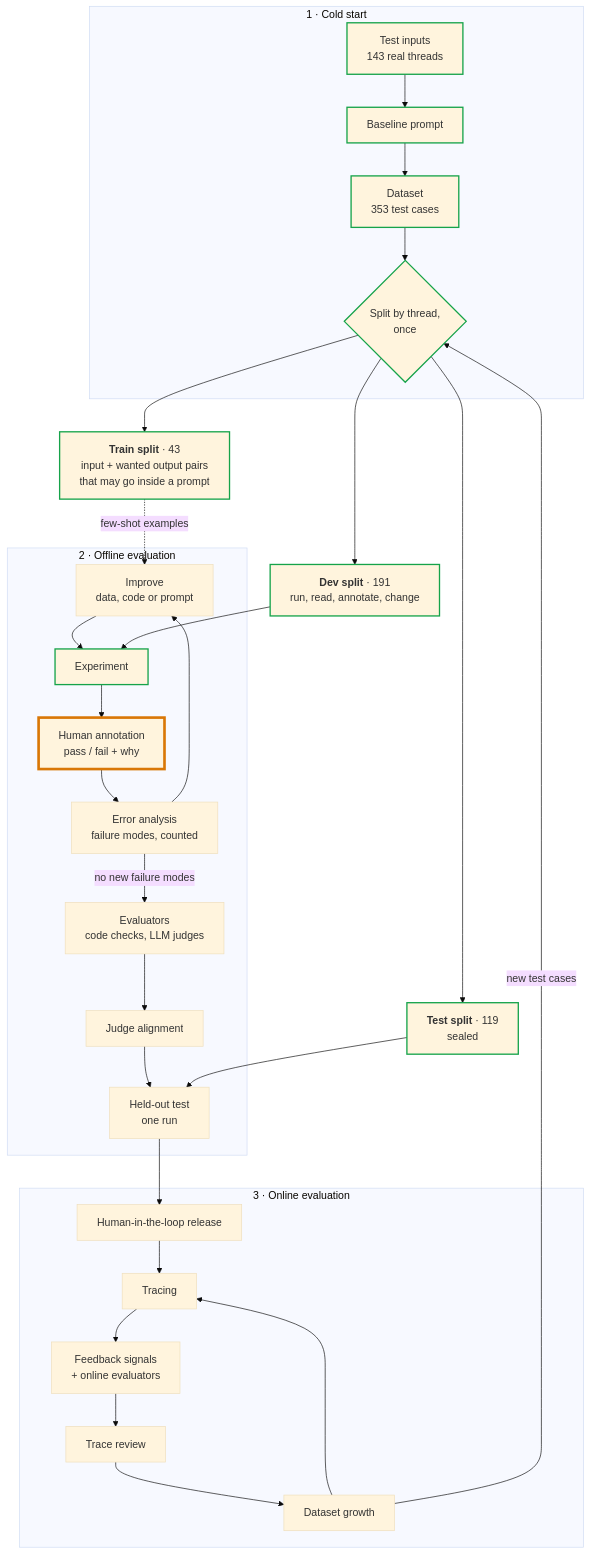
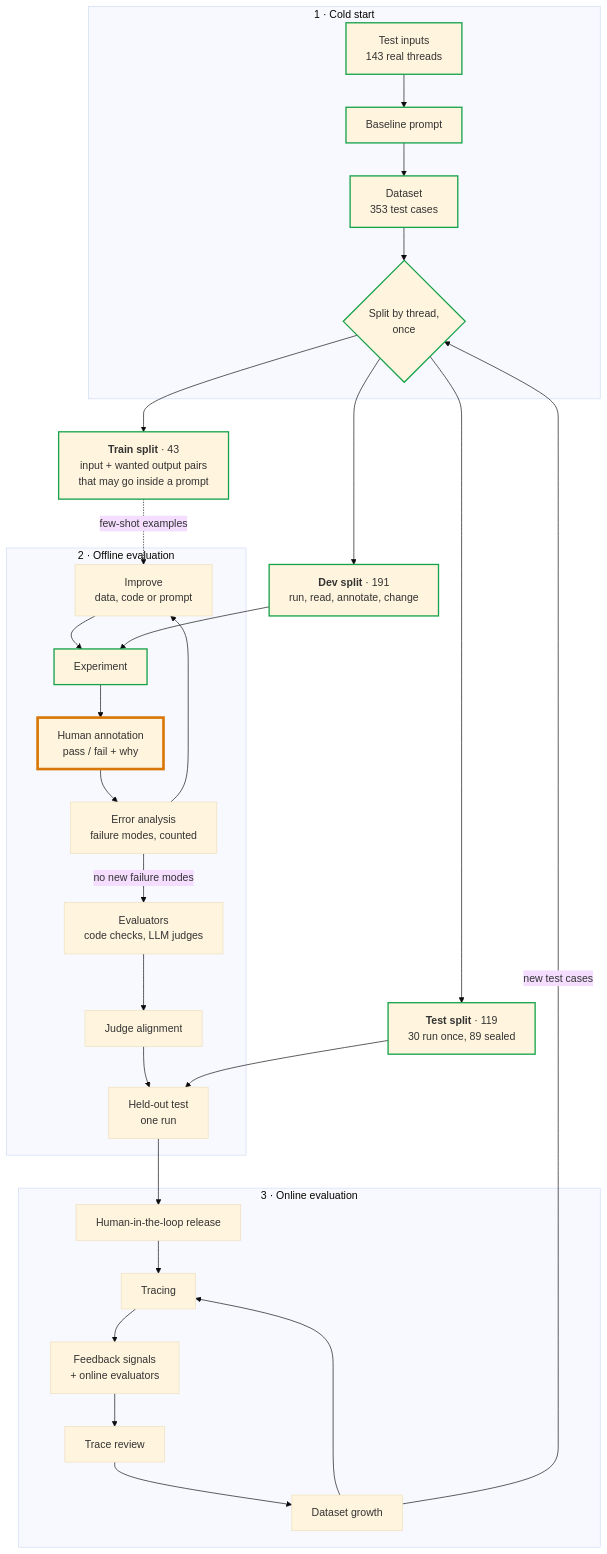
Before and after one commit to EmilioEsposito/portfolio: the diagram in api/src/sernia_ai/zillow_leads/evals/README.md, drawn with Mermaid (base theme). The commit also changed other lines of this file and 1 other file, not shown here.

First line of the commit message:
Log the judge's result on experiment 17 and a first test chunk

````diff
--- a/api/src/sernia_ai/zillow_leads/evals/README.md
+++ b/api/src/sernia_ai/zillow_leads/evals/README.md
@@ -10,39 +10,39 @@
 ```mermaid
 flowchart TD
     subgraph COLD["1 · Cold start"]
         I["Test inputs<br/>143 real threads"] --> B["Baseline prompt"]
         B --> D["Dataset<br/>353 test cases"]
         D --> SP{"Split by thread,<br/>once"}
     end
     SP --> TR["<b>Train split</b> · 43<br/>input + wanted output pairs<br/>that may go inside a prompt"]
     SP --> DV["<b>Dev split</b> · 191<br/>run, read, annotate, change"]
-    SP --> TE["<b>Test split</b> · 119<br/>sealed"]
+    SP --> TE["<b>Test split</b> · 119<br/>30 run once, 89 sealed"]
 
     subgraph OFF["2 · Offline evaluation"]
         E["Experiment"] --> A["Human annotation<br/>pass / fail + why"]
         A --> EA["Error analysis<br/>failure modes, counted"]
         EA --> IM["Improve<br/>data, code or prompt"]
         IM --> E
         EA -->|"no new failure modes"| EV["Evaluators<br/>code checks, LLM judges"]
         EV --> JA["Judge alignment"]
         JA --> HT["Held-out test<br/>one run"]
     end
     DV --> E
     TR -.->|"few-shot examples"| IM
     TE --> HT
 
     subgraph ON["3 · Online evaluation"]
         R["Human-in-the-loop release"] --> T["Tracing"]
         T --> F["Feedback signals<br/>+ online evaluators"]
         F --> TV["Trace review"]
         TV --> G["Dataset growth"]
         G --> T
     end
     HT --> R
     G -->|"new test cases"| SP
 
     classDef done stroke:#16a34a,stroke-width:2px
     classDef now stroke:#d97706,stroke-width:4px
     class I,B,D,SP,TR,DV,TE,E done
     class A now
 ```
````
